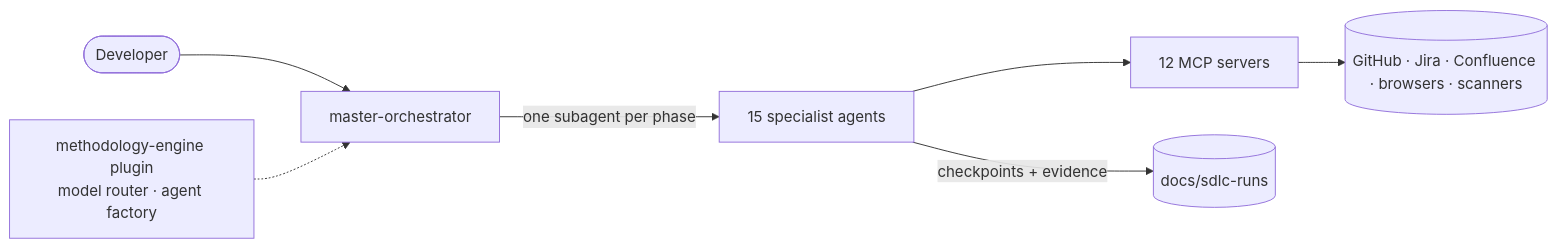
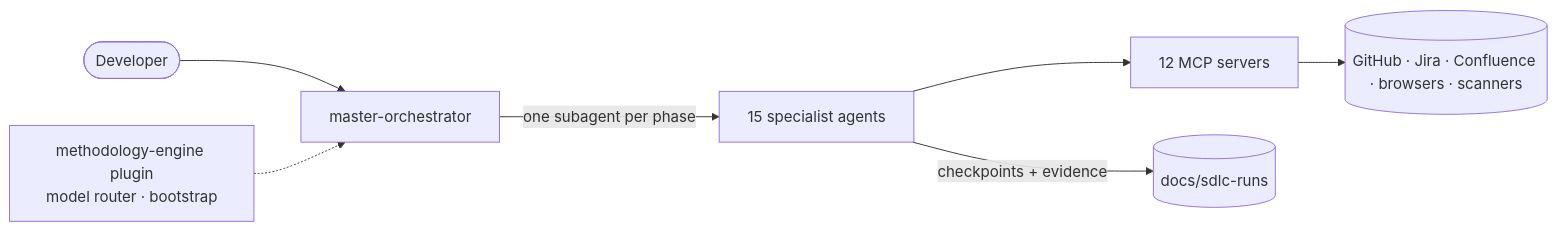
The diagram in README.md (aideveloper1976-arch/agentic-sdlc), drawn with Mermaid before and after one commit. The commit also changed other lines of this file and 24 other files, not shown here.

````diff
--- a/README.md
+++ b/README.md
@@ -39,9 +40,9 @@
 ```mermaid
 flowchart LR
     Dev([Developer]) --> Orch[master-orchestrator]
     Orch -->|one subagent per phase| Agents[15 specialist agents]
     Agents --> MCP[12 MCP servers]
     MCP --> Ext[(GitHub · Jira · Confluence · browsers · scanners)]
     Agents -->|checkpoints + evidence| Disk[(docs/sdlc-runs)]
-    Plugin[methodology-engine plugin<br/>model router · agent factory] -.-> Orch
+    Plugin[methodology-engine plugin<br/>model router · bootstrap] -.-> Orch
 ```
````
